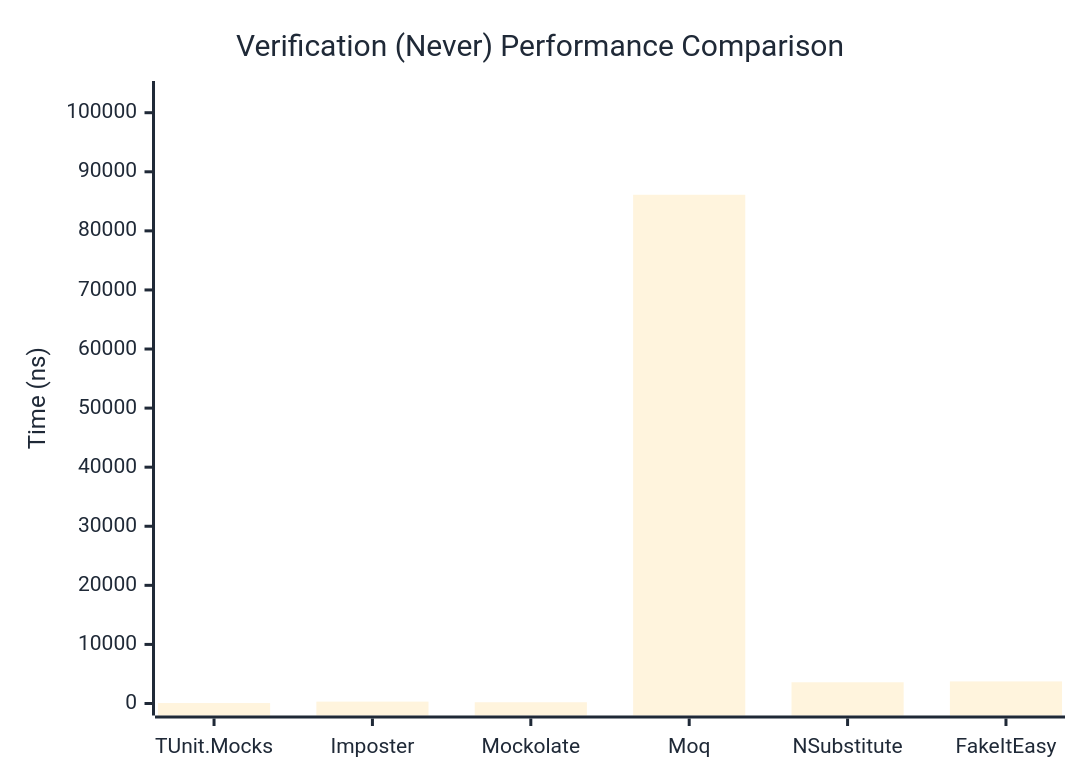
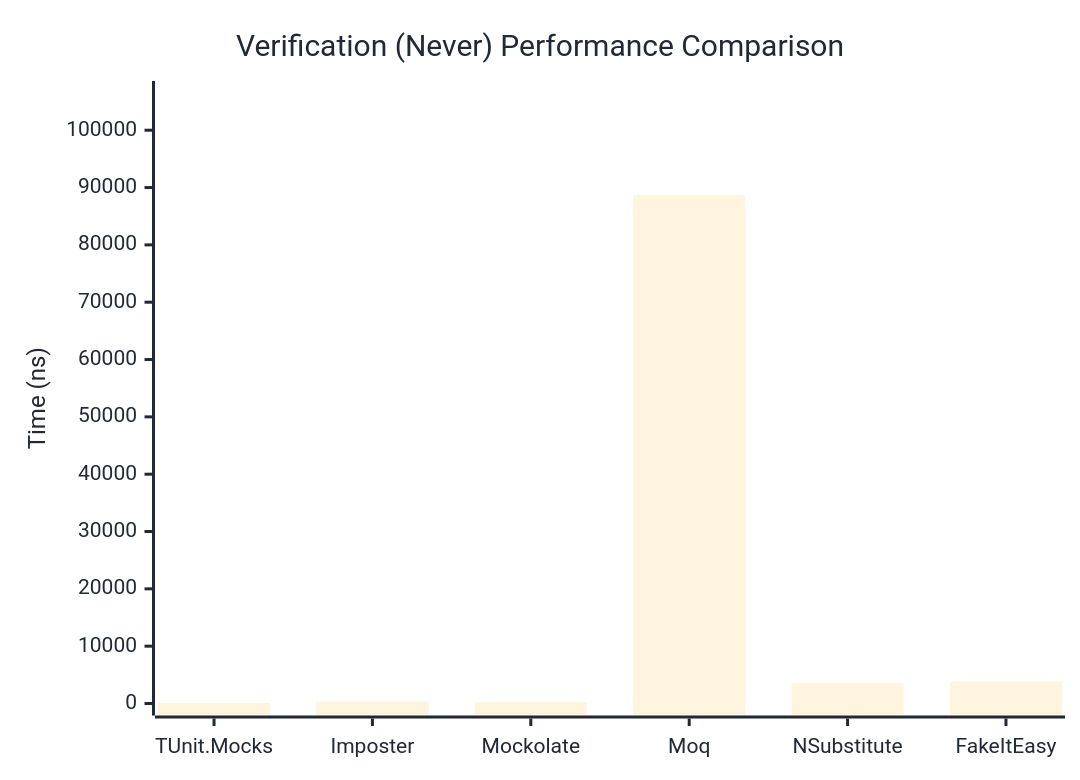
Before and after one commit to thomhurst/TUnit: the second of 3 diagrams in docs/docs/benchmarks/mocks/Verification.md, drawn with Mermaid. The commit also changed other lines of this file and 14 other files, not shown here.

````diff
--- a/docs/docs/benchmarks/mocks/Verification.md
+++ b/docs/docs/benchmarks/mocks/Verification.md
@@ -69,27 +69,27 @@
 ```mermaid
 %%{init: {
   'theme':'base',
   'themeVariables': {
     'primaryColor': '#2563eb',
     'primaryTextColor': '#1f2937',
     'primaryBorderColor': '#1e40af',
     'lineColor': '#6b7280',
     'secondaryColor': '#7c3aed',
     'tertiaryColor': '#dc2626',
     'background': '#ffffff',
     'pie1': '#2563eb',
     'pie2': '#7c3aed',
     'pie3': '#dc2626',
     'pie4': '#f59e0b',
     'pie5': '#10b981',
     'pie6': '#06b6d4',
     'pie7': '#ec4899',
     'pie8': '#6366f1'
   }
 }}%%
 xychart-beta
   title "Verification (Never) Performance Comparison"
   x-axis ["TUnit.Mocks", "Imposter", "Mockolate", "Moq", "NSubstitute", "FakeItEasy"]
-  y-axis "Time (ns)" 0 --> 103336
-  bar [78.52, 317.21, 214.45, 86112.66, 3593.45, 3737.39]
+  y-axis "Time (ns)" 0 --> 106492
+  bar [84.03, 340.94, 227.73, 88742.58, 3631.4, 3852.66]
 ```
````
